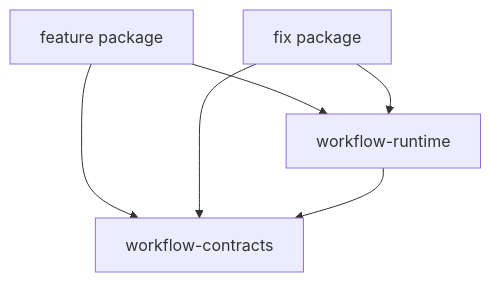
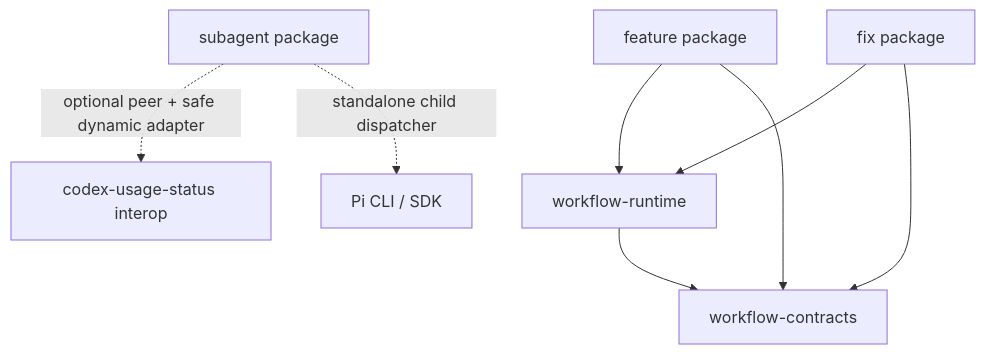
One commit to ZHOUKAILIAN/my-pi-extension changed the diagram in docs/03-项目落地/仓库组织.md. Above: the diagram before and after it, drawn with Mermaid. The commit also changed other lines of this file and 28 other files, not shown here.

Commit message:
feat(subagent): add persistent child sessions and recovery

````diff
--- a/docs/03-项目落地/仓库组织.md
+++ b/docs/03-项目落地/仓库组织.md
@@ -35,8 +36,10 @@
 ```mermaid
 flowchart TB
     feature[feature package] --> runtime[workflow-runtime]
     fix[fix package] --> runtime
     feature --> contracts[workflow-contracts]
     fix --> contracts
+    subagent[subagent package] -.->|optional peer + safe dynamic adapter| codex[codex-usage-status interop]
+    subagent -. standalone child dispatcher .-> pi[Pi CLI / SDK]
     runtime --> contracts
 ```
````
